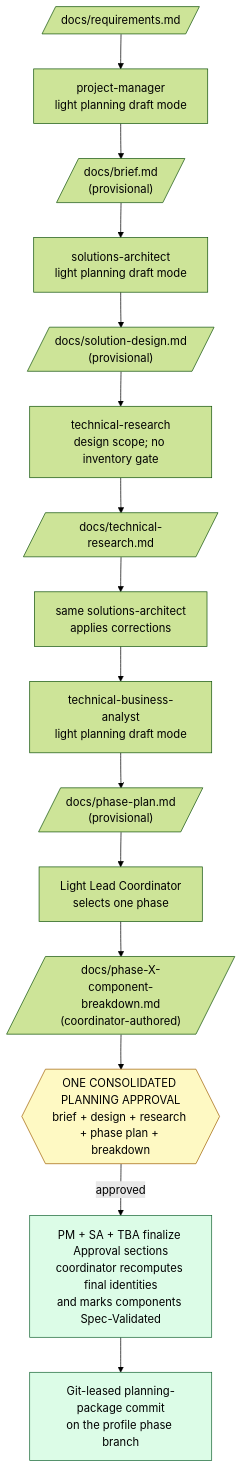
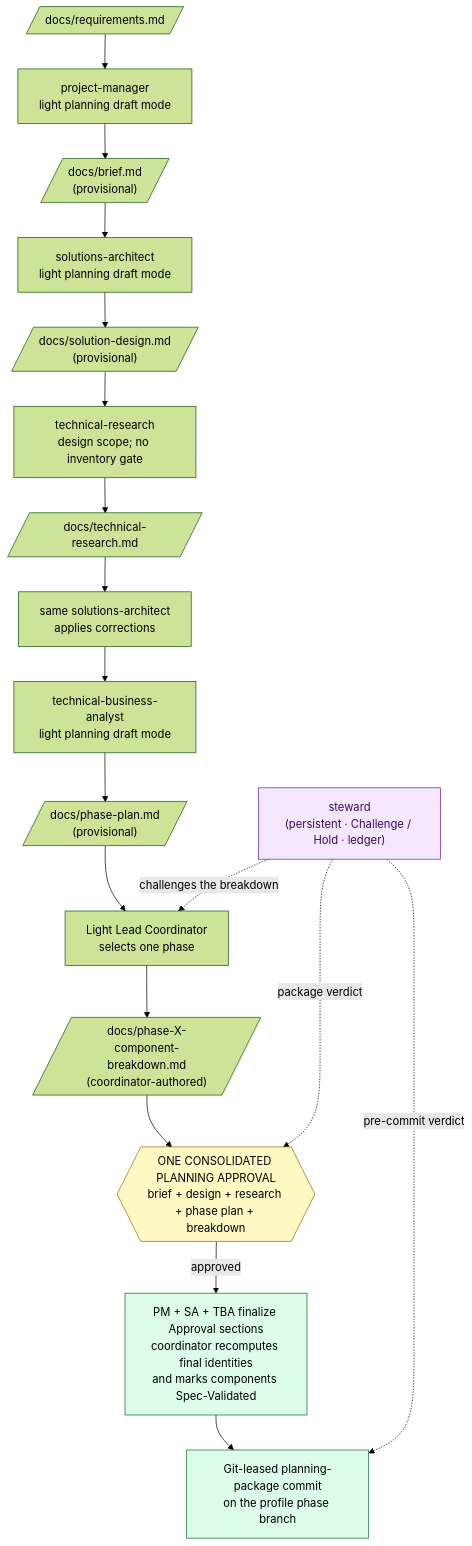
One commit to sjmeehan9/tycoon changed the eighth of 11 diagrams in supporting-files/AGENT_FLOWS.md. Above: the diagram before and after it, drawn with Mermaid (forest theme). The commit also changed other lines of this file and 79 other files, not shown here.

````diff
--- a/supporting-files/AGENT_FLOWS.md
+++ b/supporting-files/AGENT_FLOWS.md
@@ -399,21 +419,27 @@
 ```mermaid
 flowchart TD
     ReqsL[/"docs/requirements.md"/] --> PML["project-manager<br/>light planning draft mode"]
     PML --> BriefL[/"docs/brief.md<br/>(provisional)"/]
     BriefL --> SAL["solutions-architect<br/>light planning draft mode"]
     SAL --> DesignL[/"docs/solution-design.md<br/>(provisional)"/]
     DesignL --> TRL["technical-research<br/>design scope; no inventory gate"]
     TRL --> ResearchL[/"docs/technical-research.md"/]
     ResearchL --> SAC["same solutions-architect<br/>applies corrections"]
     SAC --> TBAL["technical-business-analyst<br/>light planning draft mode"]
     TBAL --> PlanL[/"docs/phase-plan.md<br/>(provisional)"/]
     PlanL --> CoordL["Light Lead Coordinator<br/>selects one phase"]
     CoordL --> BreakdownL[/"docs/phase-X-component-breakdown.md<br/>(coordinator-authored)"/]
     BreakdownL --> GateL{{"ONE CONSOLIDATED PLANNING APPROVAL<br/>brief + design + research + phase plan + breakdown"}}
     GateL -->|approved| FinalizeL["PM + SA + TBA finalize Approval sections<br/>coordinator recomputes final identities<br/>and marks components Spec-Validated"]
     FinalizeL --> PersistL["Git-leased planning-package commit<br/>on the profile phase branch"]
 
+    StewardLP["steward<br/>(persistent · Challenge / Hold · ledger)"]
+    StewardLP -.->|challenges the breakdown| CoordL
+    StewardLP -.->|package verdict| GateL
+    StewardLP -.->|pre-commit verdict| PersistL
+
+    style StewardLP fill:#f3e8ff,stroke:#6b21a8,color:#3b0764
     style GateL fill:#fef9c3,stroke:#a16207
     style FinalizeL fill:#dcfce7,stroke:#166534
     style PersistL fill:#dcfce7,stroke:#166534
 ```
````
